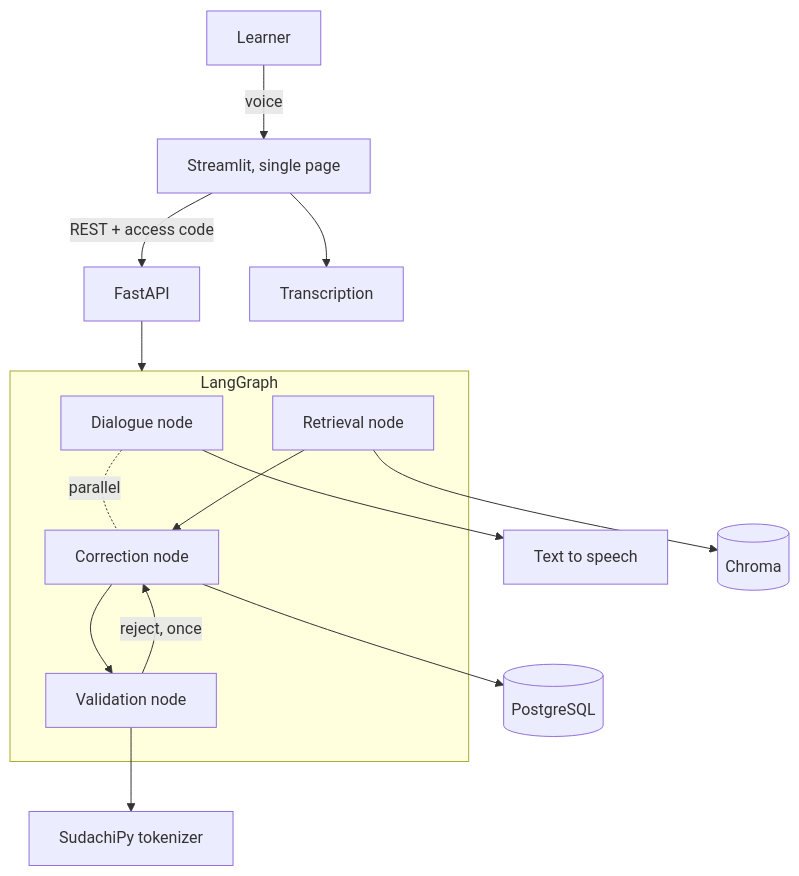
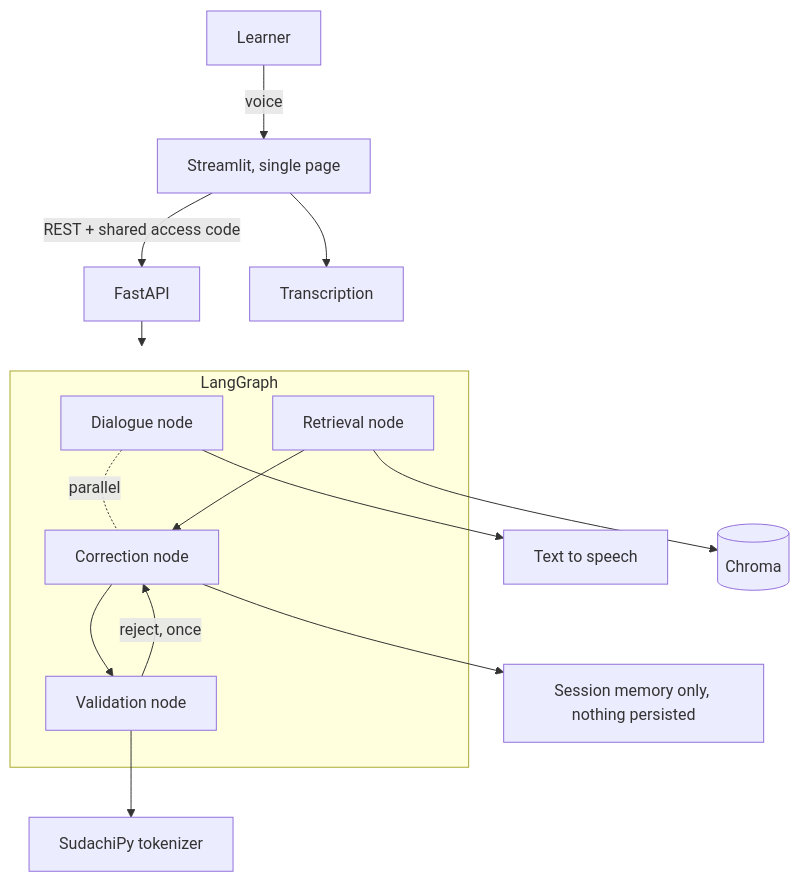
One commit to Jun-Araki/japanese-speaking-coach changed the diagram in README.md. Above: the diagram before and after it, drawn with Mermaid. The commit also changed other lines of this file and 28 other files, not shown here.

````diff
--- a/README.md
+++ b/README.md
@@ -169,23 +204,23 @@
 ```mermaid
 graph TB
     U[Learner] -->|voice| ST[Streamlit, single page]
-    ST -->|REST + access code| API[FastAPI]
+    ST -->|REST + shared access code| API[FastAPI]
     API --> G[LangGraph]
 
     subgraph G [LangGraph]
         DLG[Dialogue node]
         COR[Correction node]
         RET[Retrieval node]
         VAL[Validation node]
         DLG -.parallel.- COR
         RET --> COR
         COR --> VAL
         VAL -->|reject, once| COR
     end
 
     DLG --> TTS[Text to speech]
-    COR --> DB[(PostgreSQL)]
+    COR --> MEM[Session memory only, nothing persisted]
     RET --> CH[(Chroma)]
     VAL --> NLP[SudachiPy tokenizer]
     ST --> STT[Transcription]
 ```
````
